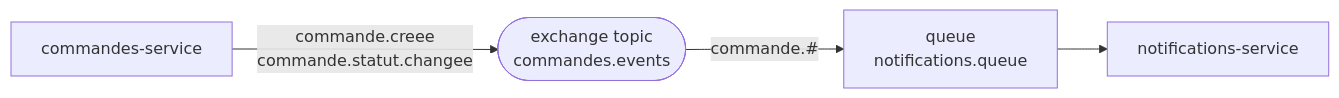
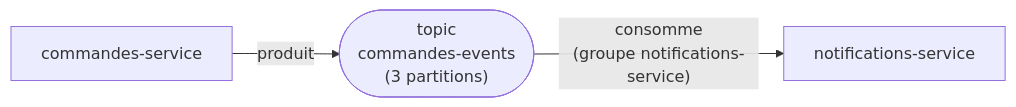
The fourth of 4 diagrams in README.md (Wvssim/restaurant-chain-platform), drawn with Mermaid before and after one commit. The commit also changed other lines of this file and 10 other files, not shown here.

````diff
--- a/README.md
+++ b/README.md
@@ -206,6 +206,5 @@
 ```mermaid
 flowchart LR
-    C["commandes-service"] -- "commande.creee<br/>commande.statut.changee" --> EX(["exchange topic<br/>commandes.events"])
-    EX -- "commande.#" --> Q["queue<br/>notifications.queue"]
-    Q --> N["notifications-service"]
+    C["commandes-service"] -- "produit" --> T(["topic<br/>commandes-events<br/>(3 partitions)"])
+    T -- "consomme<br/>(groupe notifications-service)" --> N["notifications-service"]
 ```
````
